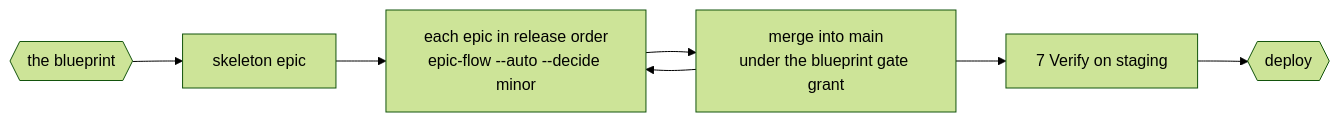
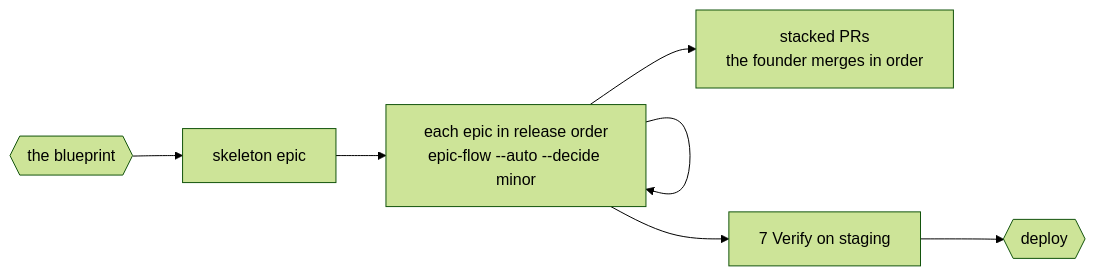
One commit to sultanassi95/mission-control changed the diagram in .claude/skills/product-flow/phases/03-build-verify.md. Above: the diagram before and after it, drawn with Mermaid (forest theme). The commit also changed other lines of this file and 5 other files, not shown here.

First line of the commit message:
feat(mc-091): stack a product's epics instead of granting merges into main

````diff
--- a/.claude/skills/product-flow/phases/03-build-verify.md
+++ b/.claude/skills/product-flow/phases/03-build-verify.md
@@ -6,6 +6,6 @@
 ```mermaid
 flowchart LR
-  G2{{the blueprint}} --> S[skeleton epic] --> E[each epic in release order<br/>epic-flow --auto --decide minor] --> M[merge into main<br/>under the blueprint gate grant]
-  M --> E
-  M --> V[7 Verify on staging] --> G3a{{deploy}}
+  G2{{the blueprint}} --> S[skeleton epic] --> E[each epic in release order<br/>epic-flow --auto --decide minor] --> M[stacked PRs<br/>the founder merges in order]
+  E --> E
+  E --> V[7 Verify on staging] --> G3a{{deploy}}
 ```
````
